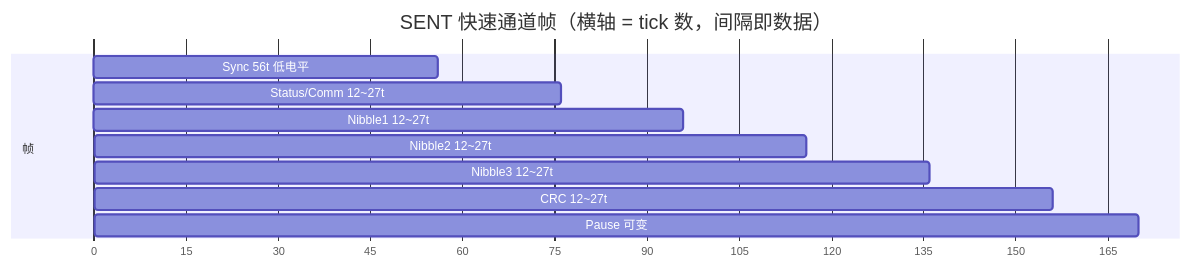
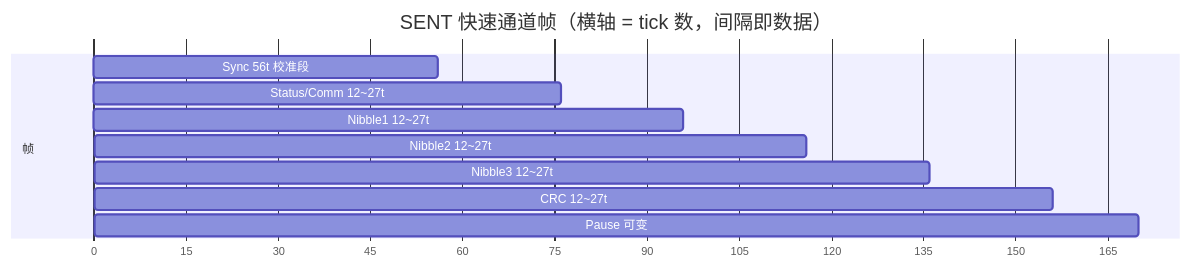
One commit to 1208826038/embedded-skill-notes changed the third of 13 diagrams in articles/p06-sent.md. Above: the diagram before and after it, drawn with Mermaid. The commit also changed other lines of this file, not shown here.

````diff
--- a/articles/p06-sent.md
+++ b/articles/p06-sent.md
@@ -49,14 +122,14 @@
 ```mermaid
 gantt
     title SENT 快速通道帧（横轴 = tick 数，间隔即数据）
     dateFormat X
     axisFormat %s
     section 帧
-    Sync 56t 低电平 : 0, 56
+    Sync 56t 校准段 : 0, 56
     Status/Comm 12~27t : 56, 76
     Nibble1 12~27t : 76, 96
     Nibble2 12~27t : 96, 116
     Nibble3 12~27t : 116, 136
     CRC 12~27t : 136, 156
     Pause 可变 : 156, 170
 ```
````
